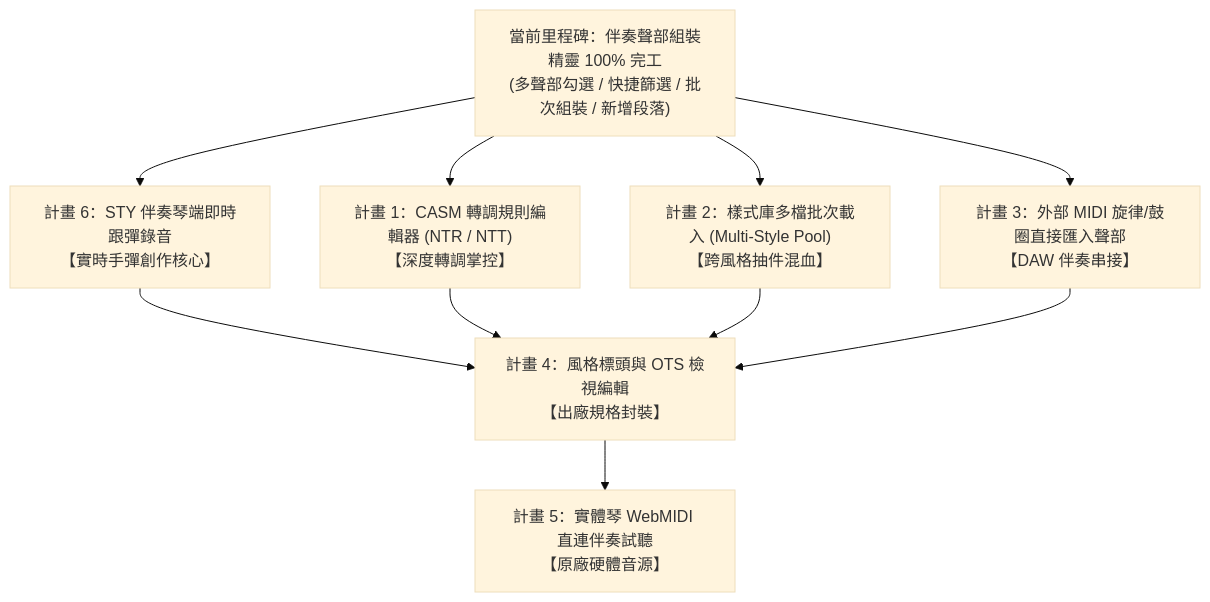
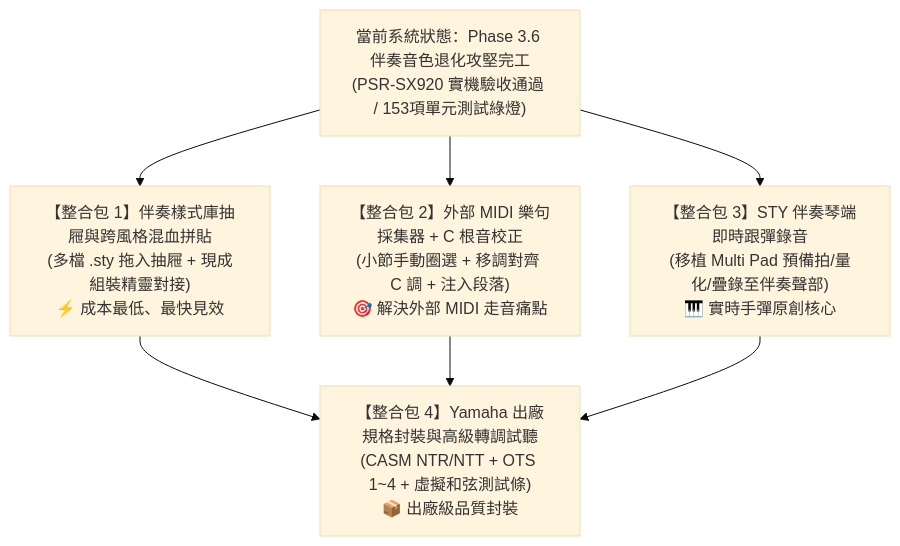
One commit to CMChen59/Yamaha-Midi-Edit changed the diagram in PENDING_EXECUTION_PLANS.md. Above: the diagram before and after it, drawn with Mermaid (base theme). The commit also changed other lines of this file and 2 other files, not shown here.

````diff
--- a/PENDING_EXECUTION_PLANS.md
+++ b/PENDING_EXECUTION_PLANS.md
@@ -130,21 +113,16 @@
 ```mermaid
 flowchart TD
-    Current["當前里程碑：伴奏聲部組裝精靈 100% 完工\n(多聲部勾選 / 快捷篩選 / 批次組裝 / 新增段落)"]
+    Current["當前系統狀態：Phase 3.6 伴奏音色退化攻堅完工\n(PSR-SX920 實機驗收通過 / 153項單元測試綠燈)"]
 
-    P1["計畫 1：CASM 轉調規則編輯器 (NTR / NTT)\n【深度轉調掌控】"]
-    P2["計畫 2：樣式庫多檔批次載入 (Multi-Style Pool)\n【跨風格抽件混血】"]
-    P3["計畫 3：外部 MIDI 旋律/鼓圈直接匯入聲部\n【DAW 伴奏串接】"]
-    P4["計畫 4：風格標頭與 OTS 檢視編輯\n【出廠規格封裝】"]
-    P5["計畫 5：實體琴 WebMIDI 直連伴奏試聽\n【原廠硬體音源】"]
-    P6["計畫 6：STY 伴奏琴端即時跟彈錄音\n【實時手彈創作核心】"]
+    PKG1["【整合包 1】伴奏樣式庫抽屜與跨風格混血拼貼\n(多檔 .sty 拖入抽屜 + 現成組裝精靈對接)\n⚡ 成本最低、最快見效"]
+    PKG2["【整合包 2】外部 MIDI 樂句採集器 + C 根音校正\n(小節手動圈選 + 移調對齊 C 調 + 注入段落)\n🎯 解決外部 MIDI 走音痛點"]
+    PKG3["【整合包 3】STY 伴奏琴端即時跟彈錄音\n(移植 Multi Pad 預備拍/量化/疊錄至伴奏聲部)\n🎹 實時手彈原創核心"]
+    PKG4["【整合包 4】Yamaha 出廠規格封裝與高級轉調試聽\n(CASM NTR/NTT + OTS 1~4 + 虛擬和弦測試條)\n📦 出廠級品質封裝"]
 
-    Current --> P6
-    Current --> P1
-    Current --> P2
-    Current --> P3
-    P6 --> P4
-    P1 --> P4
-    P2 --> P4
-    P3 --> P4
-    P4 --> P5
+    Current --> PKG1
+    Current --> PKG2
+    Current --> PKG3
+    PKG1 --> PKG4
+    PKG2 --> PKG4
+    PKG3 --> PKG4
 ```
````
